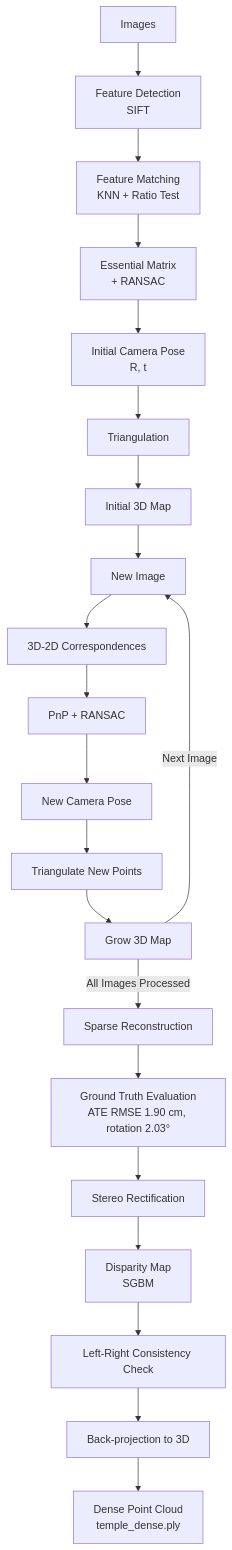
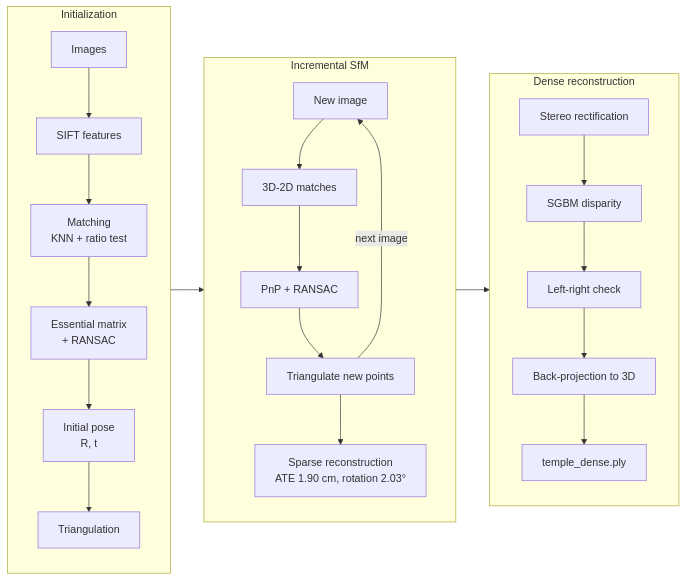
The diagram in README.md (sensoyyasin/3D-Sfm-Stereo-Mesh), drawn with Mermaid before and after one commit.

Commit message:
Revise pipeline diagram for better structure
Updated the pipeline diagram in README.md to improve clarity and organization.

````diff
--- a/README.md
+++ b/README.md
@@ -9,27 +9,30 @@
 ```mermaid
-flowchart TD
-    A[Images] --> B[Feature Detection<br/>SIFT]
-    B --> C[Feature Matching<br/>KNN + Ratio Test]
-    C --> D[Essential Matrix<br/>+ RANSAC]
-    D --> E[Initial Camera Pose<br/>R, t]
-    E --> F[Triangulation]
-    F --> G[Initial 3D Map]
+flowchart LR
+    subgraph S1[Initialization]
+        direction TB
+        A[Images] --> B[SIFT features]
+        B --> C[Matching<br/>KNN + ratio test]
+        C --> D[Essential matrix<br/>+ RANSAC]
+        D --> E[Initial pose<br/>R, t]
+        E --> F[Triangulation]
+    end
 
-    G --> H[New Image]
-    H --> I[3D-2D Correspondences]
-    I --> J[PnP + RANSAC]
-    J --> K[New Camera Pose]
-    K --> L[Triangulate New Points]
-    L --> M[Grow 3D Map]
+    subgraph S2[Incremental SfM]
+        direction TB
+        H[New image] --> I[3D-2D matches]
+        I --> J[PnP + RANSAC]
+        J --> L[Triangulate new points]
+        L -->|next image| H
+        L --> N[Sparse reconstruction<br/>ATE 1.90 cm, rotation 2.03°]
+    end
 
-    M -->|Next Image| H
-    M -->|All Images Processed| N[Sparse Reconstruction]
+    subgraph S3[Dense reconstruction]
+        direction TB
+        Q[Stereo rectification] --> R[SGBM disparity]
+        R --> T[Left-right check]
+        T --> U[Back-projection to 3D]
+        U --> V[temple_dense.ply]
+    end
 
-    N --> O[Ground Truth Evaluation<br/>ATE RMSE 1.90 cm, rotation 2.03°]
-
-    O --> Q[Stereo Rectification]
-    Q --> S[Disparity Map<br/>SGBM]
-    S --> T[Left-Right Consistency Check]
-    T --> U[Back-projection to 3D]
-    U --> V[Dense Point Cloud<br/>temple_dense.ply]
+    S1 --> S2 --> S3
 ```
````
